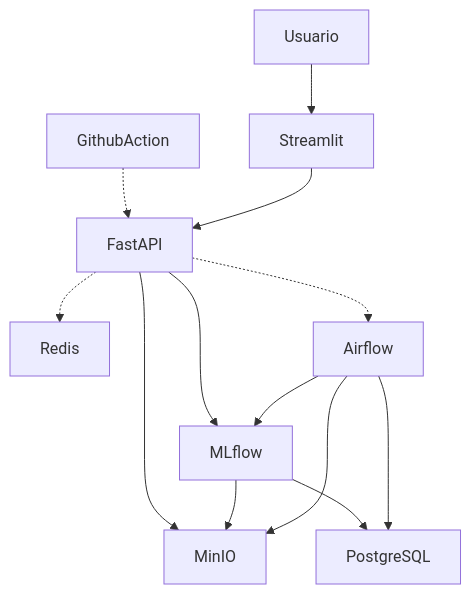
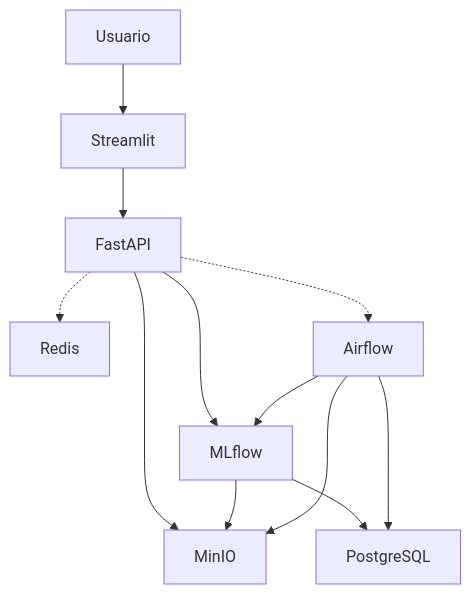
Before and after one commit to dimacio/TP-AdM2: the diagram in README.md, drawn with Mermaid.

Commit message:
deleted github action

````diff
--- a/README.md
+++ b/README.md
@@ -53,15 +53,14 @@
 ```mermaid
 graph TD
     Usuario --> Streamlit
-    GithubAction-.->FastAPI
     Streamlit --> FastAPI
     FastAPI --> MLflow
     FastAPI --> MinIO
     FastAPI -.-> Redis
     FastAPI -.-> Airflow
     MLflow --> MinIO
     MLflow --> PostgreSQL
     Airflow --> MLflow
     Airflow --> MinIO
     Airflow --> PostgreSQL
 ```
````
